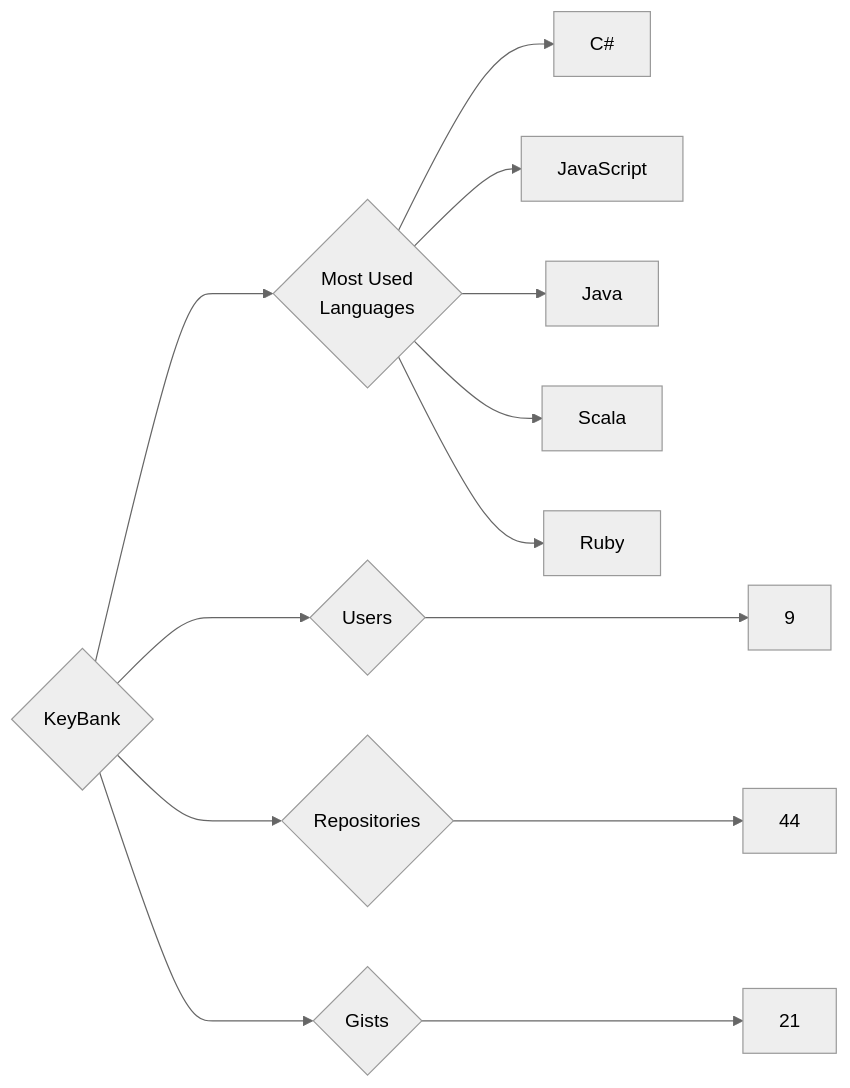
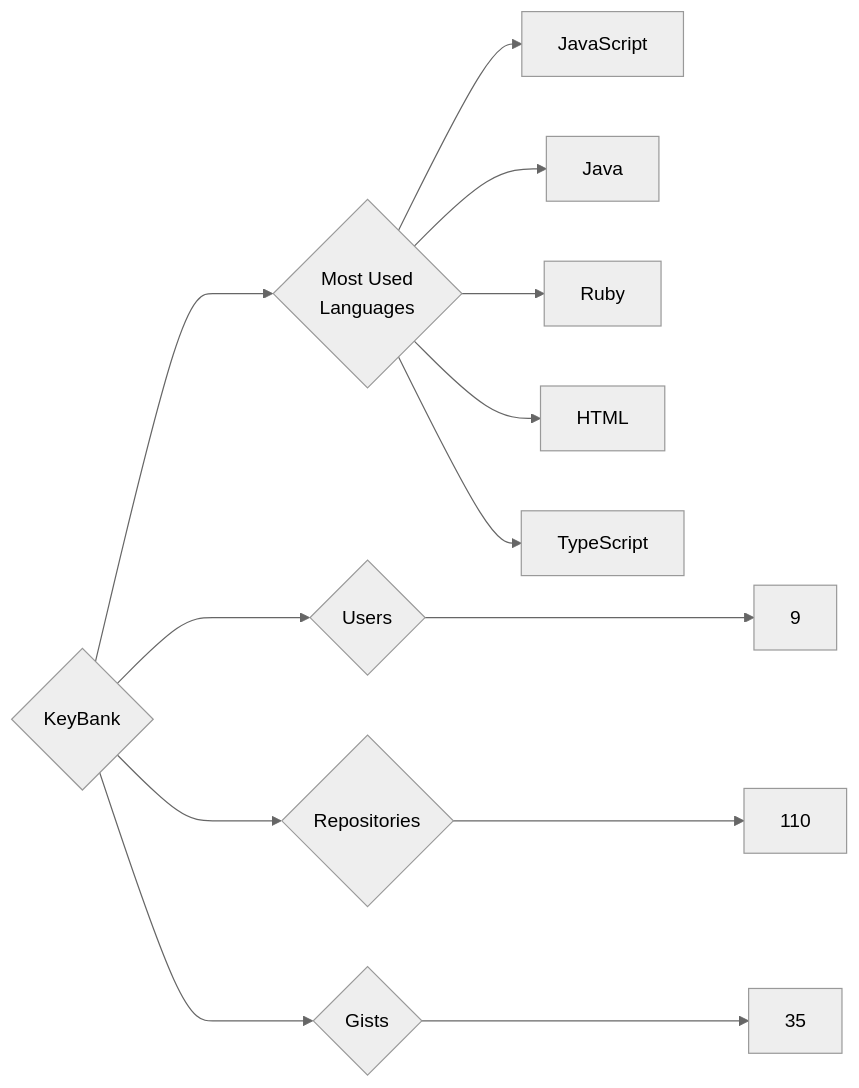
Before and after one commit to trickest/insiders: the diagram in targets/KeyBank/README.md, drawn with Mermaid (neutral theme). The commit also changed 924 other files, not shown here.

````diff
--- a/targets/KeyBank/README.md
+++ b/targets/KeyBank/README.md
@@ -3,13 +3,13 @@
 ```mermaid
 graph LR
 COMPANY_NAME{KeyBank}
 COMPANY_NAME ---> U{Users} ---> UN[9]
-COMPANY_NAME ---> R{Repositories} ---> RN[44]
-COMPANY_NAME ---> G{Gists} ---> GN[21]
+COMPANY_NAME ---> R{Repositories} ---> RN[110]
+COMPANY_NAME ---> G{Gists} ---> GN[35]
 COMPANY_NAME ---> ML{Most Used<br>Languages}
-ML --> C#[C#]
 ML --> JavaScript[JavaScript]
 ML --> Java[Java]
-ML --> Scala[Scala]
 ML --> Ruby[Ruby]
+ML --> HTML[HTML]
+ML --> TypeScript[TypeScript]
 ```
````
